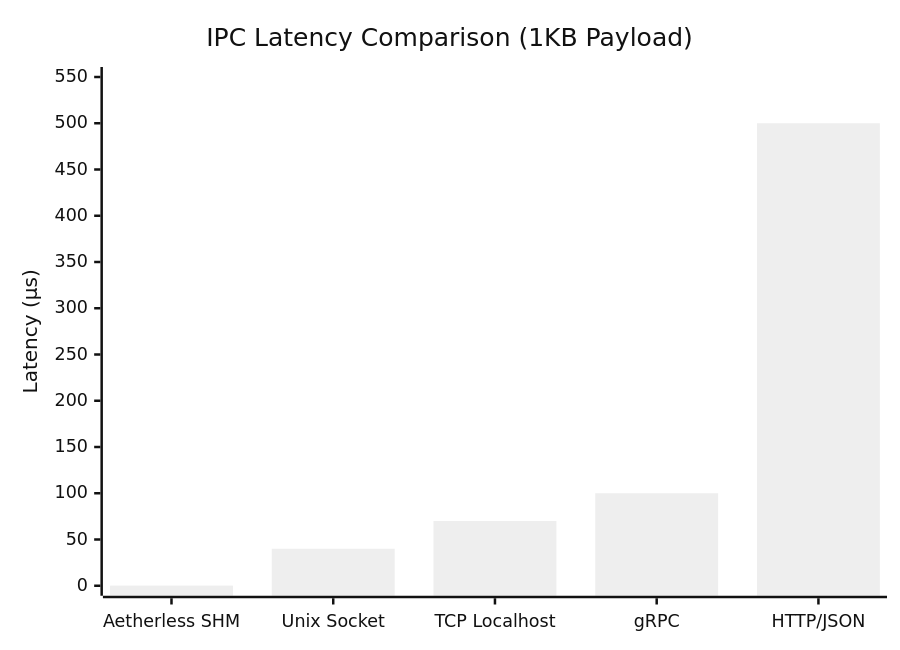
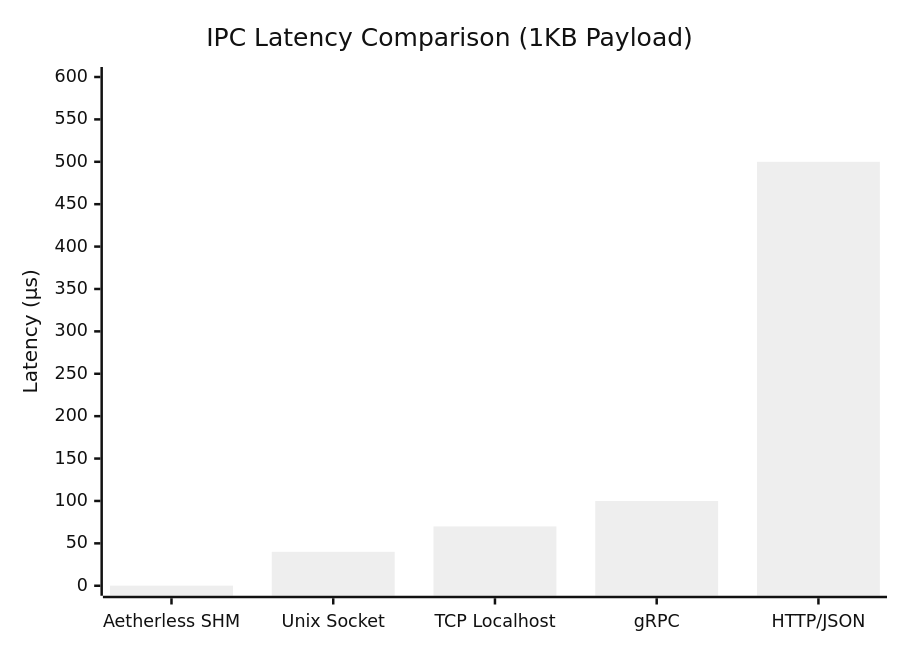
One commit to ankitkpandey1/aetherless changed the fourth of 5 diagrams in BENCHMARK.md. Above: the diagram before and after it, drawn with Mermaid (neutral theme). The commit also changed other lines of this file and 1 other file, not shown here.

````diff
--- a/BENCHMARK.md
+++ b/BENCHMARK.md
@@ -175,7 +175,7 @@
 ```mermaid
 xychart-beta
     title "IPC Latency Comparison (1KB Payload)"
     x-axis ["Aetherless SHM", "Unix Socket", "TCP Localhost", "gRPC", "HTTP/JSON"]
-    y-axis "Latency (μs)" 0 --> 550
+    y-axis "Latency (μs)" 0 --> 600
     bar [0.15, 40, 70, 100, 500]
 ```
````
